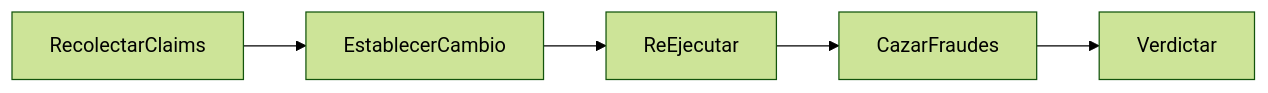
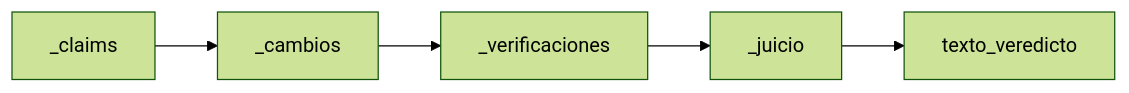
One commit to poladb-afk/deepseek-flow changed the fourth of 9 diagrams in docs/design.md. Above: the diagram before and after it, drawn with Mermaid (forest theme). The commit also changed other lines of this file and 13 other files, not shown here.

````diff
--- a/docs/design.md
+++ b/docs/design.md
@@ -401,4 +402,4 @@
 ```mermaid
 flowchart LR
-    c[RecolectarClaims] --> d[EstablecerCambio] --> r[ReEjecutar] --> f[CazarFraudes] --> v[Verdictar]
+    c[_claims] --> d[_cambios] --> r[_verificaciones] --> f[_juicio] --> v[texto_veredicto]
 ```
````
